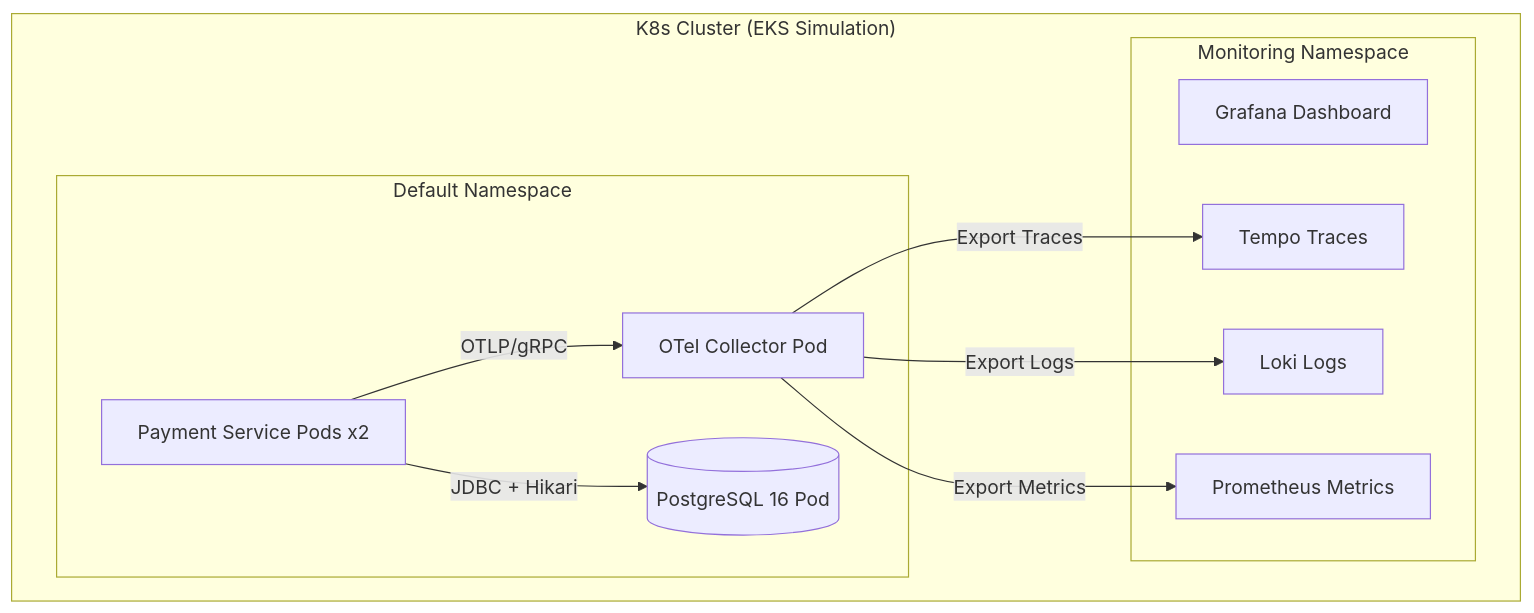
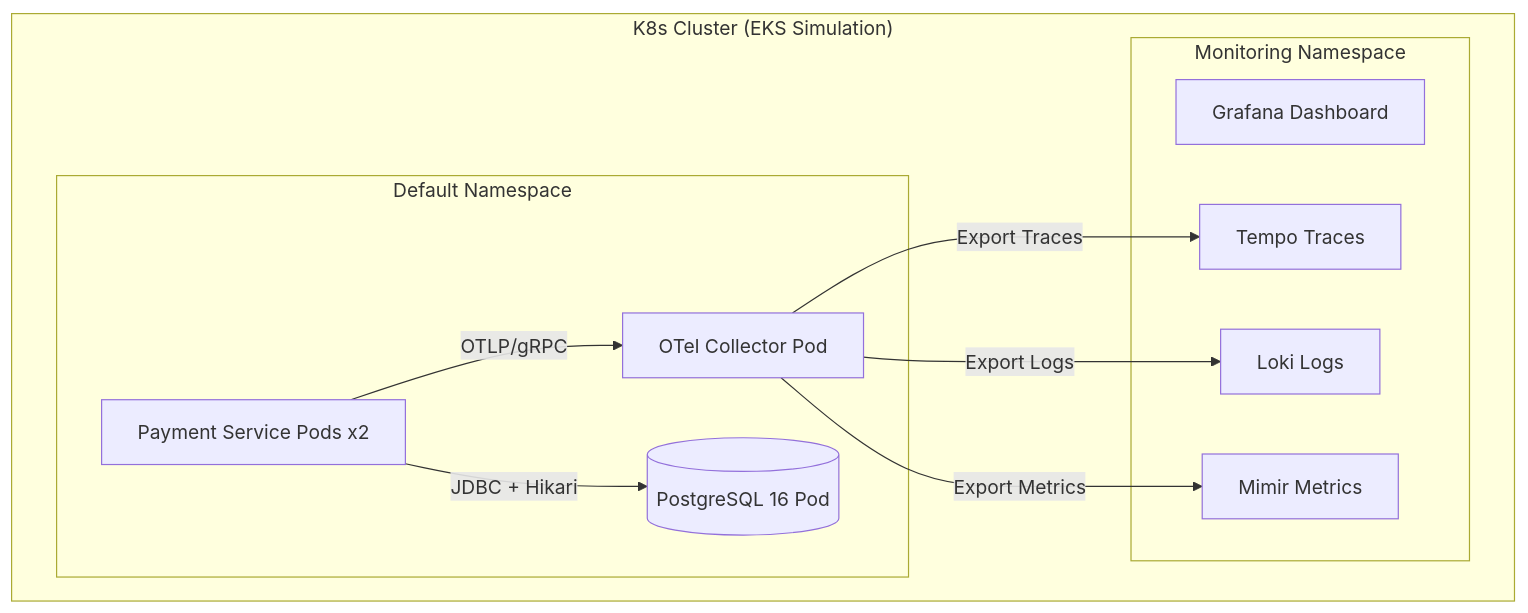
Before and after one commit to BugMentor/k6-java-spring-soap-example: the second of 4 diagrams in README.md, drawn with Mermaid. The commit also changed 31 other files, not shown here.

````diff
--- a/README.md
+++ b/README.md
@@ -95,23 +95,23 @@
 ```mermaid
 graph TD
     subgraph "K8s Cluster (EKS Simulation)"
         subgraph "Default Namespace"
             SVC[Payment Service Pods x2]
             OTEL[OTel Collector Pod]
             PG[(PostgreSQL 16 Pod)]
         end
 
         subgraph "Monitoring Namespace"
             GRAFANA[Grafana Dashboard]
             TEMPO[Tempo Traces]
             LOKI[Loki Logs]
-            PROM[Prometheus Metrics]
+            MIMIR[Mimir Metrics]
         end
     end
 
     SVC -->|OTLP/gRPC| OTEL
     SVC -->|JDBC + Hikari| PG
     OTEL -->|Export Traces| TEMPO
     OTEL -->|Export Logs| LOKI
-    OTEL -->|Export Metrics| PROM
+    OTEL -->|Export Metrics| MIMIR
 ```
````
